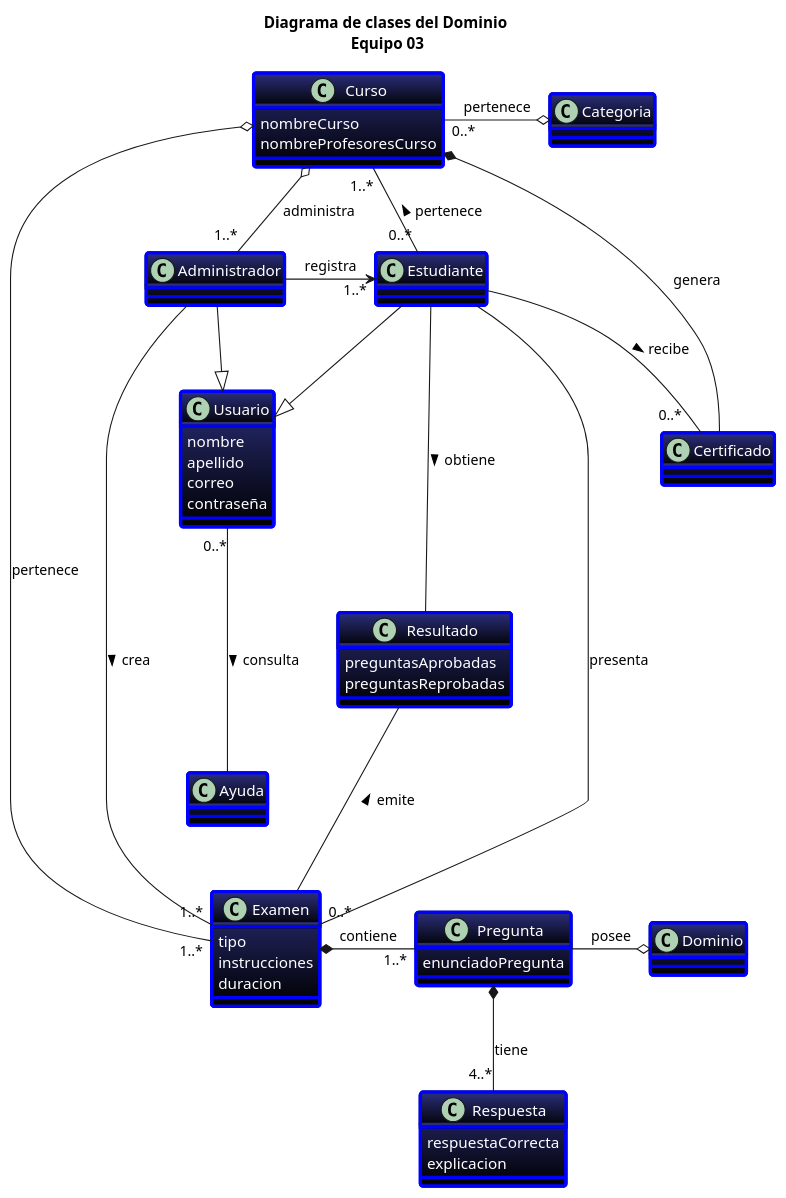
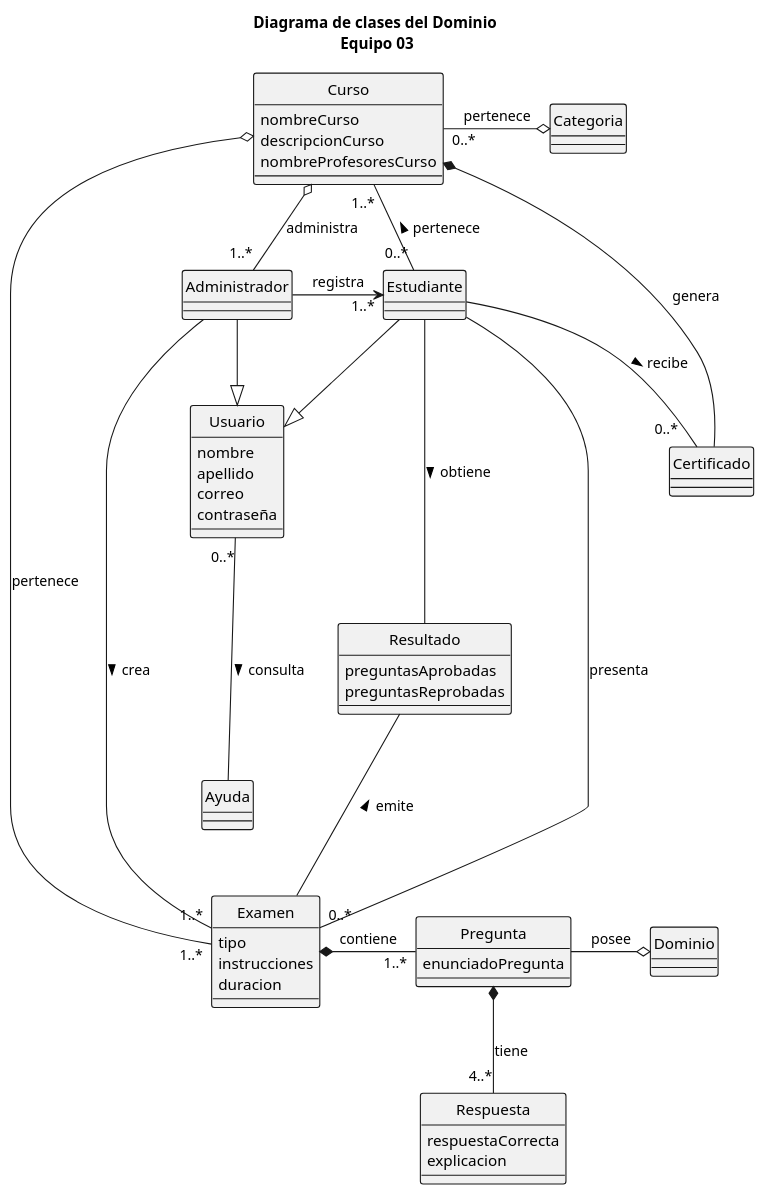
Before and after one commit to febres35/EdTech_IS: the diagram in docs/scenariosView/diagramaClasesDominio.plantuml, drawn with PlantUML.

Commit message:
Cambios visuales y se agrego descripcion a curso

```diff
--- a/docs/scenariosView/diagramaClasesDominio.plantuml
+++ b/docs/scenariosView/diagramaClasesDominio.plantuml
@@ -1,76 +1,77 @@
 @startuml "Diagrama de clases"
 
 title "Diagrama de clases del Dominio\n Equipo 03"
 
 skinparam Class{
-  BackgroundColor 2B2F7B-black
-  AttributeFontColor white
-  BorderThickness 3
-  BorderColor blue
+  BorderThickness 1
 }
+
+skinparam style strictuml
+
 class Usuario{
   nombre
   apellido
   correo
   contraseña 
 }
 class Administrador
 
 class Estudiante{
 }
 
 class Ayuda
 
 class Curso{
   nombreCurso
+  descripcionCurso
   nombreProfesoresCurso
 }
 class Categoria
 
 class Examen{
   tipo
   instrucciones
   duracion
 }
 class Resultado{
   preguntasAprobadas
   preguntasReprobadas
 }
 
 class Pregunta{
   enunciadoPregunta
 }
 
 class Dominio
 
 class Respuesta{
   respuestaCorrecta
   explicacion
 }
 class Certificado{
 }
 
 Usuario <|-left- Administrador
 Usuario <|-up- Estudiante
 Usuario "0..*"--- Ayuda: > consulta
 
 Administrador -- "1..*"Examen: > crea
 Administrador -right-> "     1..*"Estudiante: registra
 Administrador "    1..*"-up-o Curso: administra
 
 Estudiante "0..*"-right-"    1..*"Curso: > pertenece
 Estudiante -right- "0..*"Examen: presenta
 Estudiante -- "0..*   "Certificado: > recibe
 Estudiante --- Resultado: > obtiene
 
 Examen *-right- "1..*"Pregunta: contiene
 Examen -up-- Resultado: > emite
 
 Pregunta *-down- "4..*" Respuesta: tiene
 Pregunta -right-o Dominio: posee
 
 Curso "0..*" -right-o Categoria: pertenece
 Curso o----- "1..*"Examen: pertenece
 Curso *- Certificado: genera
 
 @enduml
```
